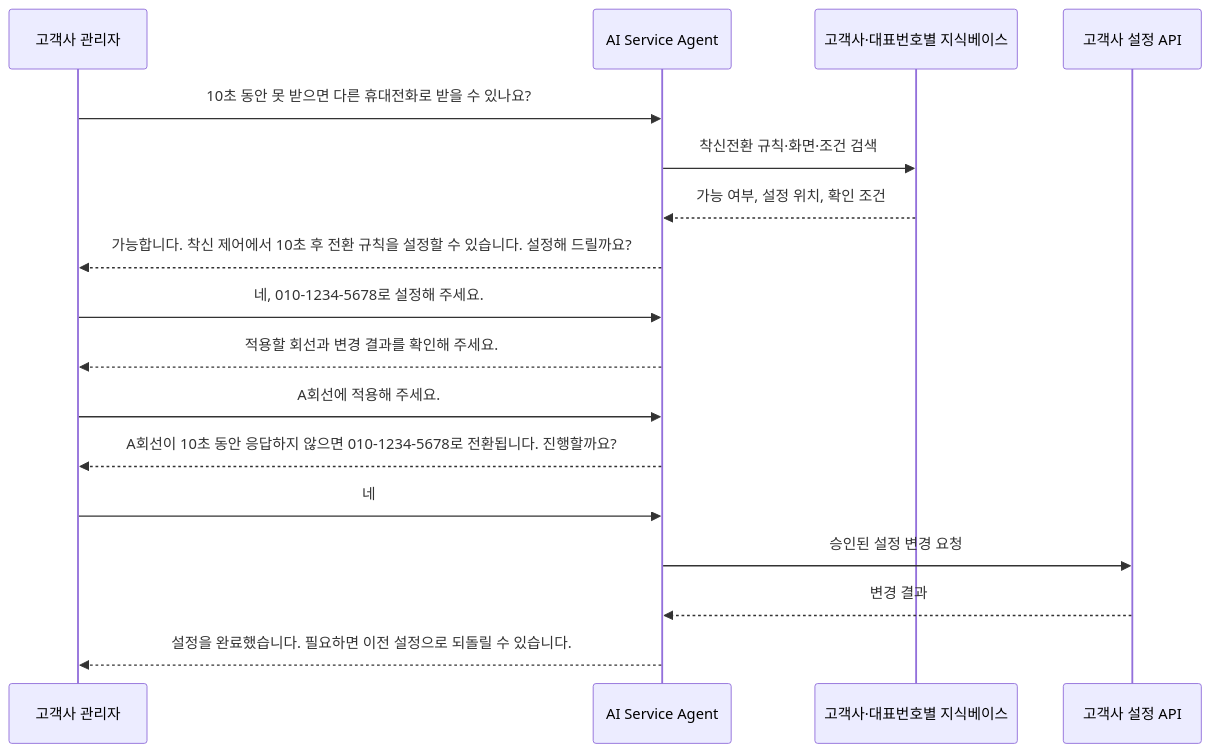
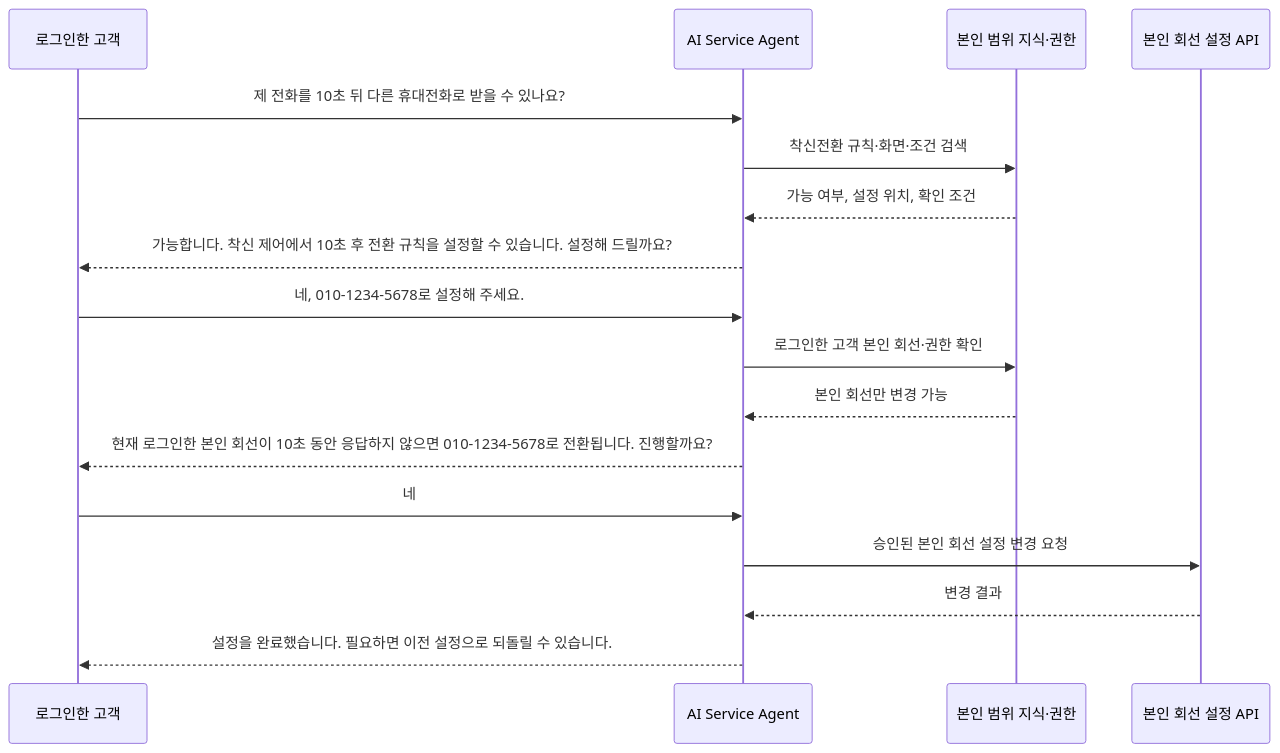
One commit to hak023/sip_pbx changed the third of 8 diagrams in docs/AI_SERVICE_AGENT_SERVICE_INTRODUCTION.md. Above: the diagram before and after it, drawn with Mermaid. The commit also changed other lines of this file and 2 other files, not shown here.

Commit message:
docs: clarify PoC self-service flow

````diff
--- a/docs/AI_SERVICE_AGENT_SERVICE_INTRODUCTION.md
+++ b/docs/AI_SERVICE_AGENT_SERVICE_INTRODUCTION.md
@@ -59,20 +57,20 @@
 ```mermaid
 sequenceDiagram
-    participant U as 고객사 관리자
+    participant U as 로그인한 고객
     participant A as AI Service Agent
-    participant K as 고객사·대표번호별 지식베이스
-    participant X as 고객사 설정 API
+    participant K as 본인 범위 지식·권한
+    participant X as 본인 회선 설정 API
 
-    U->>A: 10초 동안 못 받으면 다른 휴대전화로 받을 수 있나요?
+    U->>A: 제 전화를 10초 뒤 다른 휴대전화로 받을 수 있나요?
     A->>K: 착신전환 규칙·화면·조건 검색
     K-->>A: 가능 여부, 설정 위치, 확인 조건
     A-->>U: 가능합니다. 착신 제어에서 10초 후 전환 규칙을 설정할 수 있습니다. 설정해 드릴까요?
     U->>A: 네, 010-1234-5678로 설정해 주세요.
-    A-->>U: 적용할 회선과 변경 결과를 확인해 주세요.
-    U->>A: A회선에 적용해 주세요.
-    A-->>U: A회선이 10초 동안 응답하지 않으면 010-1234-5678로 전환됩니다. 진행할까요?
+    A->>K: 로그인한 고객 본인 회선·권한 확인
+    K-->>A: 본인 회선만 변경 가능
+    A-->>U: 현재 로그인한 본인 회선이 10초 동안 응답하지 않으면 010-1234-5678로 전환됩니다. 진행할까요?
     U->>A: 네
-    A->>X: 승인된 설정 변경 요청
+    A->>X: 승인된 본인 회선 설정 변경 요청
     X-->>A: 변경 결과
     A-->>U: 설정을 완료했습니다. 필요하면 이전 설정으로 되돌릴 수 있습니다.
 ```
````
